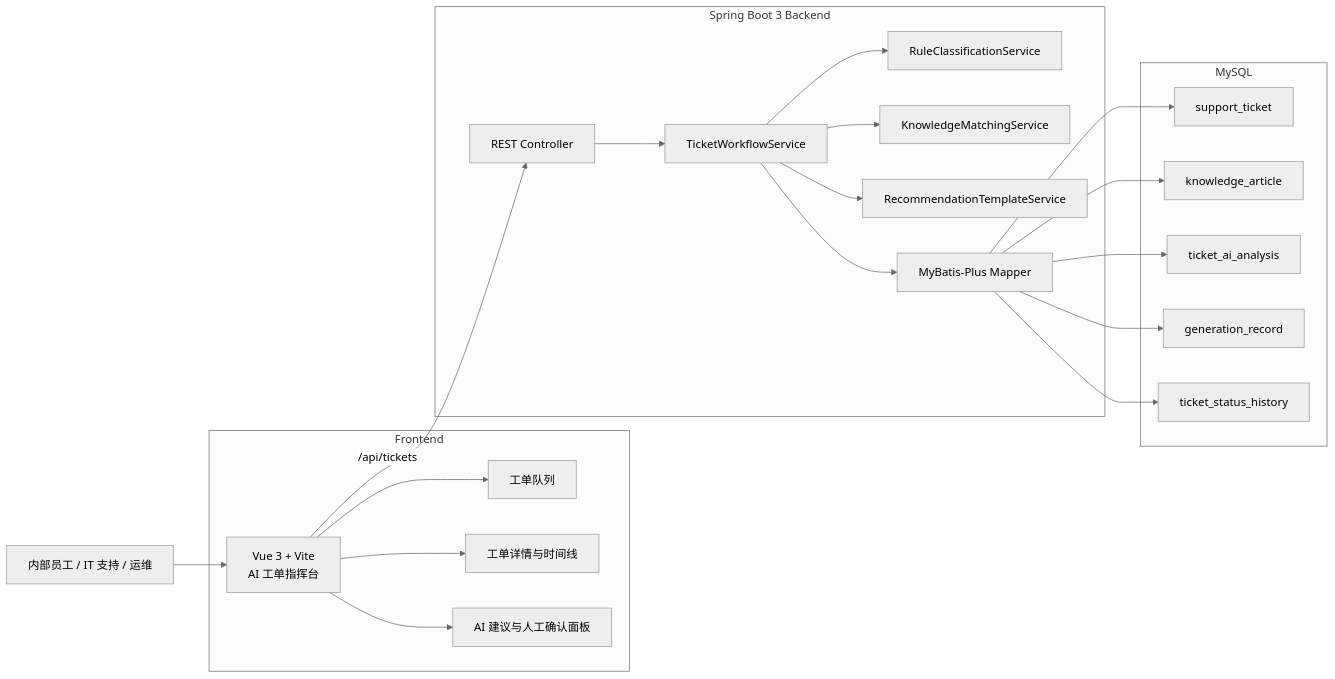
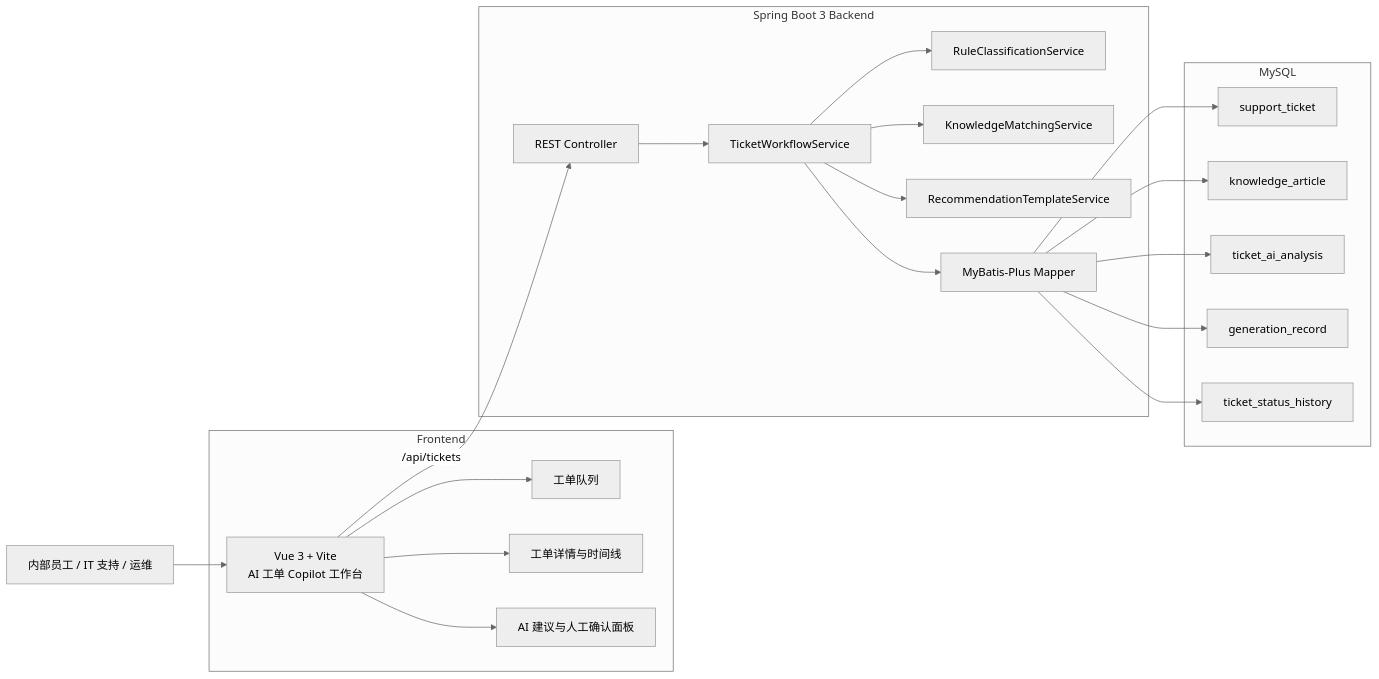
One commit to jameswilson87156-del/enterprise-ai-ticket-copilot changed the first of 4 diagrams in docs/architecture.md. Above: the diagram before and after it, drawn with Mermaid (neutral theme). The commit also changed 13 other files, not shown here.

````diff
--- a/docs/architecture.md
+++ b/docs/architecture.md
@@ -7,33 +7,33 @@
 ```mermaid
 flowchart LR
-  user["内部员工 / IT 支持 / 运维"] --> web["Vue 3 + Vite<br/>AI 工单指挥台"]
+  user["内部员工 / IT 支持 / 运维"] --> web["Vue 3 + Vite<br/>AI 工单 Copilot 工作台"]
 
   subgraph frontend["Frontend"]
     web --> queue["工单队列"]
     web --> detail["工单详情与时间线"]
     web --> ai_panel["AI 建议与人工确认面板"]
   end
 
   subgraph backend["Spring Boot 3 Backend"]
     api["REST Controller"] --> workflow["TicketWorkflowService"]
     workflow --> classifier["RuleClassificationService"]
     workflow --> matcher["KnowledgeMatchingService"]
     workflow --> template["RecommendationTemplateService"]
     workflow --> mapper["MyBatis-Plus Mapper"]
   end
 
   subgraph mysql["MySQL"]
     support_ticket["support_ticket"]
     knowledge_article["knowledge_article"]
     ticket_ai_analysis["ticket_ai_analysis"]
     generation_record["generation_record"]
     ticket_status_history["ticket_status_history"]
   end
 
   web -->|/api/tickets| api
   mapper --> support_ticket
   mapper --> knowledge_article
   mapper --> ticket_ai_analysis
   mapper --> generation_record
   mapper --> ticket_status_history
 ```
````
